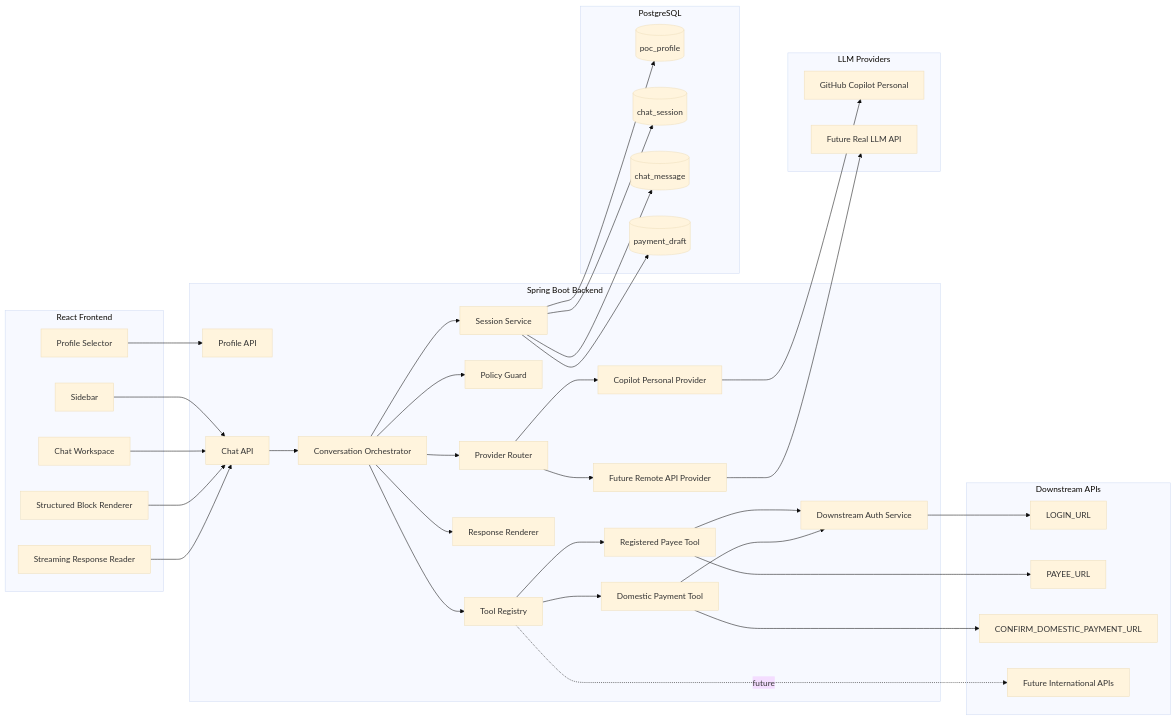
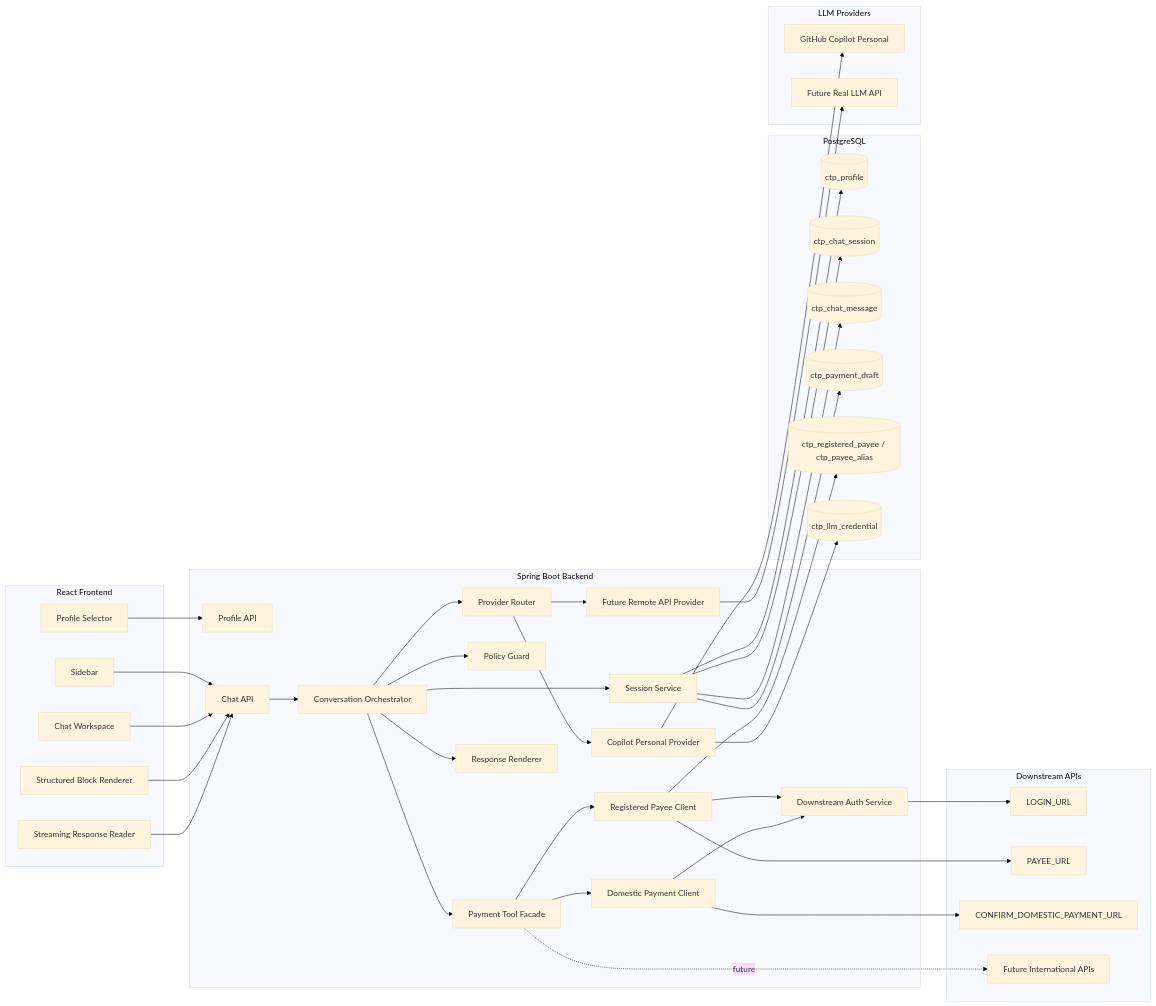
Before and after one commit to VictorZhong/chat2pay: the first of 4 diagrams in docs/01-system_design.md, drawn with Mermaid (base theme). The commit also changed other lines of this file and 37 other files, not shown here.

````diff
--- a/docs/01-system_design.md
+++ b/docs/01-system_design.md
@@ -96,77 +96,81 @@
 ```mermaid
 flowchart LR
     subgraph FE["React Frontend"]
         FE1["Profile Selector"]
         FE2["Sidebar"]
         FE3["Chat Workspace"]
         FE4["Structured Block Renderer"]
         FE5["Streaming Response Reader"]
     end
 
     subgraph BE["Spring Boot Backend"]
         BE1["Profile API"]
         BE2["Chat API"]
         BE3["Conversation Orchestrator"]
         BE4["Provider Router"]
         BE5["Policy Guard"]
-        BE6["Tool Registry"]
+        BE6["Payment Tool Facade"]
         BE7["Response Renderer"]
         BE8["Session Service"]
         BE9["Copilot Personal Provider"]
         BE10["Future Remote API Provider"]
         BE11["Downstream Auth Service"]
-        BE12["Registered Payee Tool"]
-        BE13["Domestic Payment Tool"]
+        BE12["Registered Payee Client"]
+        BE13["Domestic Payment Client"]
     end
 
     subgraph DB["PostgreSQL"]
-        DB1[("poc_profile")]
-        DB2[("chat_session")]
-        DB3[("chat_message")]
-        DB4[("payment_draft")]
+        DB1[("ctp_profile")]
+        DB2[("ctp_chat_session")]
+        DB3[("ctp_chat_message")]
+        DB4[("ctp_payment_draft")]
+        DB5[("ctp_registered_payee / ctp_payee_alias")]
+        DB6[("ctp_llm_credential")]
     end
 
     subgraph LLM["LLM Providers"]
         L1["GitHub Copilot Personal"]
         L2["Future Real LLM API"]
     end
 
     subgraph DS["Downstream APIs"]
         D1["LOGIN_URL"]
         D2["PAYEE_URL"]
         D3["CONFIRM_DOMESTIC_PAYMENT_URL"]
         D4["Future International APIs"]
     end
 
     FE1 --> BE1
     FE2 --> BE2
     FE3 --> BE2
     FE4 --> BE2
     FE5 --> BE2
 
     BE2 --> BE3
     BE3 --> BE4
     BE3 --> BE5
     BE3 --> BE6
     BE3 --> BE7
     BE3 --> BE8
 
     BE4 --> BE9
     BE4 --> BE10
     BE9 --> L1
     BE10 --> L2
 
     BE6 --> BE12
     BE6 --> BE13
     BE12 --> BE11
     BE13 --> BE11
     BE11 --> D1
     BE12 --> D2
     BE13 --> D3
     BE6 -. future .-> D4
 
     BE8 --> DB1
     BE8 --> DB2
     BE8 --> DB3
     BE8 --> DB4
+    BE12 --> DB5
+    BE9 --> DB6
 ```
````
